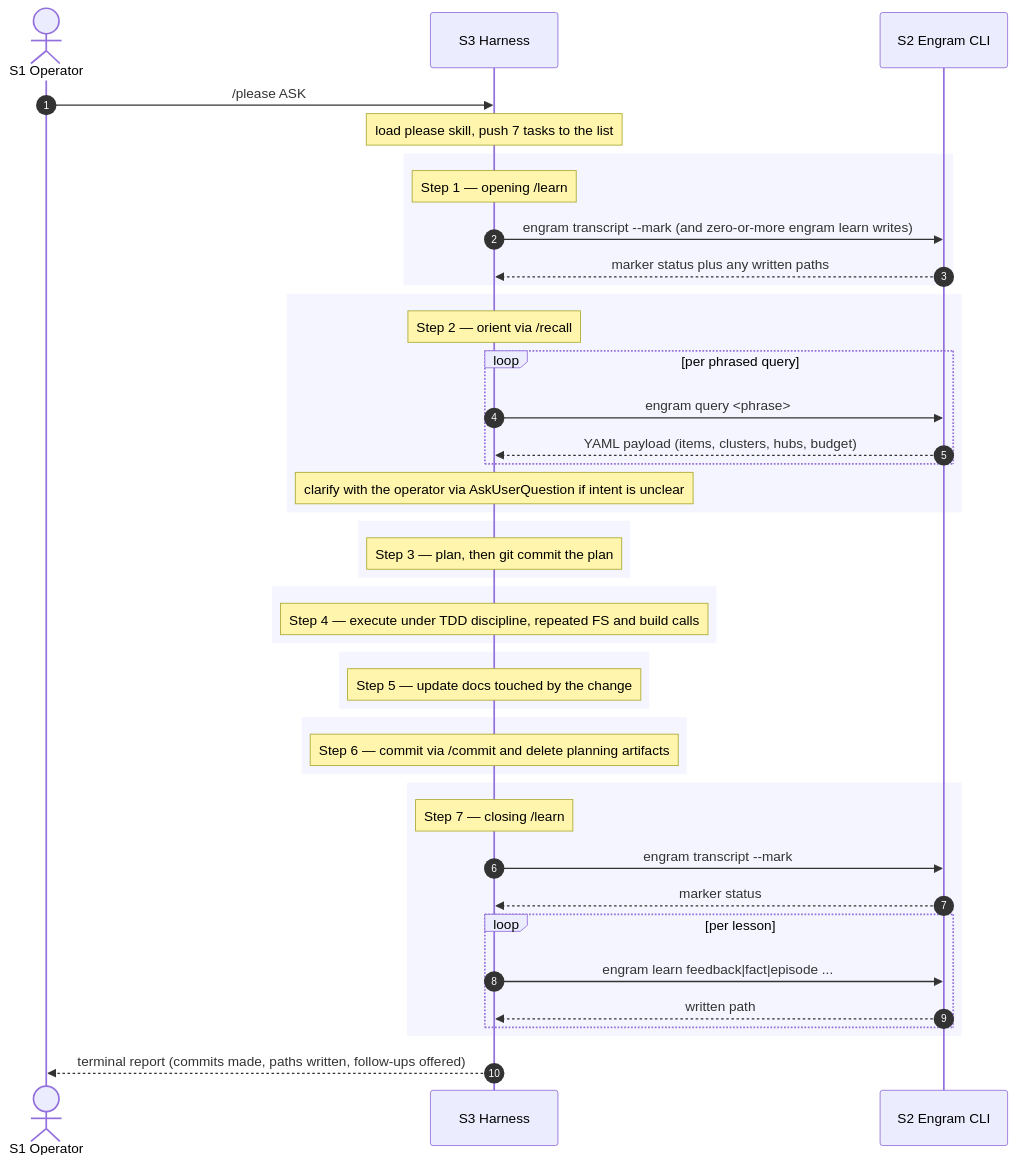
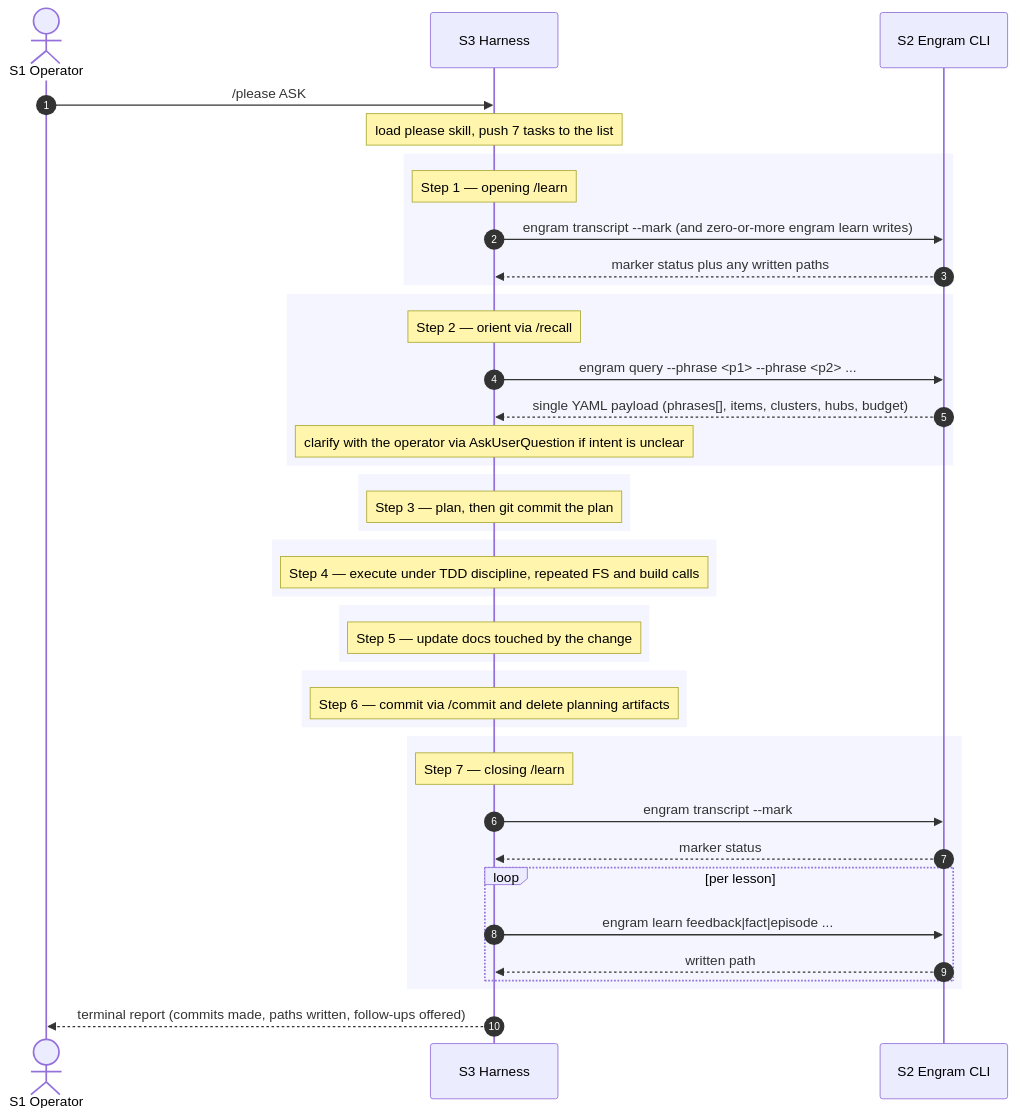
One commit to toejough/engram changed the fourth of 5 diagrams in docs/architecture/c1-system-context.md. Above: the diagram before and after it, drawn with Mermaid. The commit also changed other lines of this file and 1 other file, not shown here.

First line of the commit message:
docs: update README + C4 architecture for --phrase multi-phrase query

````diff
--- a/docs/architecture/c1-system-context.md
+++ b/docs/architecture/c1-system-context.md
@@ -190,53 +185,51 @@
 ```mermaid
 sequenceDiagram
     autonumber
     actor Op as S1 Operator
     participant H as S3 Harness
     participant E as S2 Engram CLI
 
     Op->>H: /please ASK
     Note over H: load please skill, push 7 tasks to the list
 
     rect rgb(245,245,255)
         Note over H: Step 1 — opening /learn
         H->>E: engram transcript --mark (and zero-or-more engram learn writes)
         E-->>H: marker status plus any written paths
     end
 
     rect rgb(245,245,255)
         Note over H: Step 2 — orient via /recall
-        loop per phrased query
-            H->>E: engram query <phrase>
-            E-->>H: YAML payload (items, clusters, hubs, budget)
-        end
+        H->>E: engram query --phrase <p1> --phrase <p2> ...
+        E-->>H: single YAML payload (phrases[], items, clusters, hubs, budget)
         Note over H: clarify with the operator via AskUserQuestion if intent is unclear
     end
 
     rect rgb(245,245,255)
         Note over H: Step 3 — plan, then git commit the plan
     end
 
     rect rgb(245,245,255)
         Note over H: Step 4 — execute under TDD discipline, repeated FS and build calls
     end
 
     rect rgb(245,245,255)
         Note over H: Step 5 — update docs touched by the change
     end
 
     rect rgb(245,245,255)
         Note over H: Step 6 — commit via /commit and delete planning artifacts
     end
 
     rect rgb(245,245,255)
         Note over H: Step 7 — closing /learn
         H->>E: engram transcript --mark
         E-->>H: marker status
         loop per lesson
             H->>E: engram learn feedback|fact|episode ...
             E-->>H: written path
         end
     end
 
     H-->>Op: terminal report (commits made, paths written, follow-ups offered)
 ```
````
